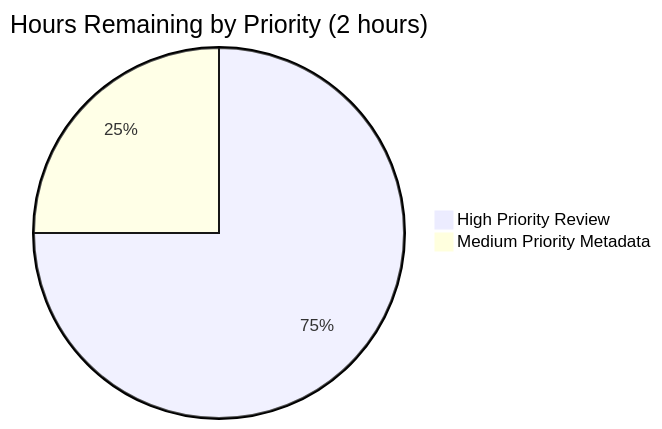
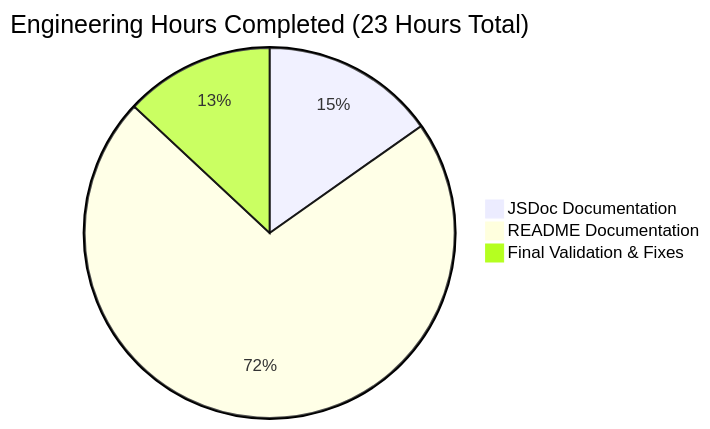
One commit to lakshya-blitzy/hello_world_Oct_2025 changed the second of 2 diagrams in blitzy/documentation/Project Guide.md. Above: the diagram before and after it, drawn with Mermaid. The commit also changed other lines of this file, not shown here.

Commit message:
Adding Blitzy Project Guide: Project Status and Human Tasks Remaining

````diff
--- a/blitzy/documentation/Project Guide.md
+++ b/blitzy/documentation/Project Guide.md
@@ -980,5 +228,6 @@
 ```mermaid
-pie title Hours Remaining by Priority (2 hours)
-    "High Priority Review" : 1.5
-    "Medium Priority Metadata" : 0.5
+pie title Engineering Hours Completed (23 Hours Total)
+    "JSDoc Documentation" : 3.5
+    "README Documentation" : 16.5
+    "Final Validation & Fixes" : 3.0
 ```
````
